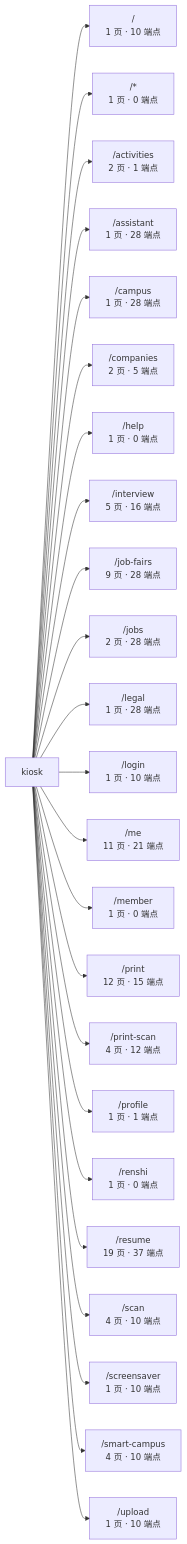
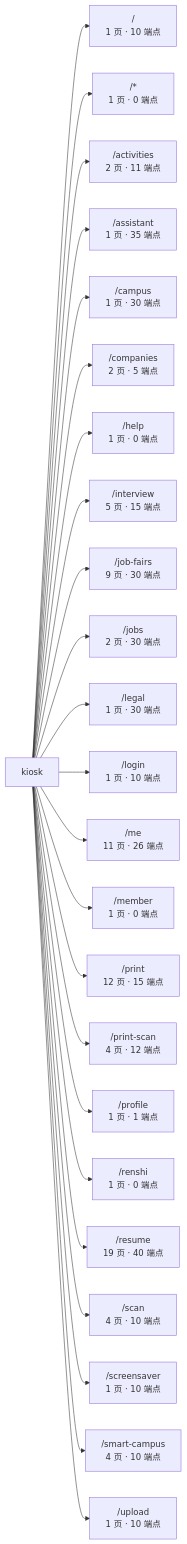
One commit to wanglei581/YITIJI changed the first of 3 diagrams in docs/graph/routes.md. Above: the diagram before and after it, drawn with Mermaid. The commit also changed other lines of this file and 6 other files, not shown here.

Commit message:
chore(graph): 结果层 14 包合入后重生成项目图谱

````diff
--- a/docs/graph/routes.md
+++ b/docs/graph/routes.md
@@ -17,27 +17,27 @@
 ```mermaid
 flowchart LR
   app["kiosk"]
   app --> _root_["/<br/>1 页 · 10 端点"]
   app --> _["/*<br/>1 页 · 0 端点"]
-  app --> activities["/activities<br/>2 页 · 1 端点"]
-  app --> assistant["/assistant<br/>1 页 · 28 端点"]
-  app --> campus["/campus<br/>1 页 · 28 端点"]
+  app --> activities["/activities<br/>2 页 · 11 端点"]
+  app --> assistant["/assistant<br/>1 页 · 35 端点"]
+  app --> campus["/campus<br/>1 页 · 30 端点"]
   app --> companies["/companies<br/>2 页 · 5 端点"]
   app --> help["/help<br/>1 页 · 0 端点"]
-  app --> interview["/interview<br/>5 页 · 16 端点"]
-  app --> job_fairs["/job-fairs<br/>9 页 · 28 端点"]
-  app --> jobs["/jobs<br/>2 页 · 28 端点"]
-  app --> legal["/legal<br/>1 页 · 28 端点"]
+  app --> interview["/interview<br/>5 页 · 15 端点"]
+  app --> job_fairs["/job-fairs<br/>9 页 · 30 端点"]
+  app --> jobs["/jobs<br/>2 页 · 30 端点"]
+  app --> legal["/legal<br/>1 页 · 30 端点"]
   app --> login["/login<br/>1 页 · 10 端点"]
-  app --> me["/me<br/>11 页 · 21 端点"]
+  app --> me["/me<br/>11 页 · 26 端点"]
   app --> member["/member<br/>1 页 · 0 端点"]
   app --> print["/print<br/>12 页 · 15 端点"]
   app --> print_scan["/print-scan<br/>4 页 · 12 端点"]
   app --> profile["/profile<br/>1 页 · 1 端点"]
   app --> renshi["/renshi<br/>1 页 · 0 端点"]
-  app --> resume["/resume<br/>19 页 · 37 端点"]
+  app --> resume["/resume<br/>19 页 · 40 端点"]
   app --> scan["/scan<br/>4 页 · 10 端点"]
   app --> screensaver["/screensaver<br/>1 页 · 10 端点"]
   app --> smart_campus["/smart-campus<br/>4 页 · 10 端点"]
   app --> upload["/upload<br/>1 页 · 10 端点"]
 ```
````
